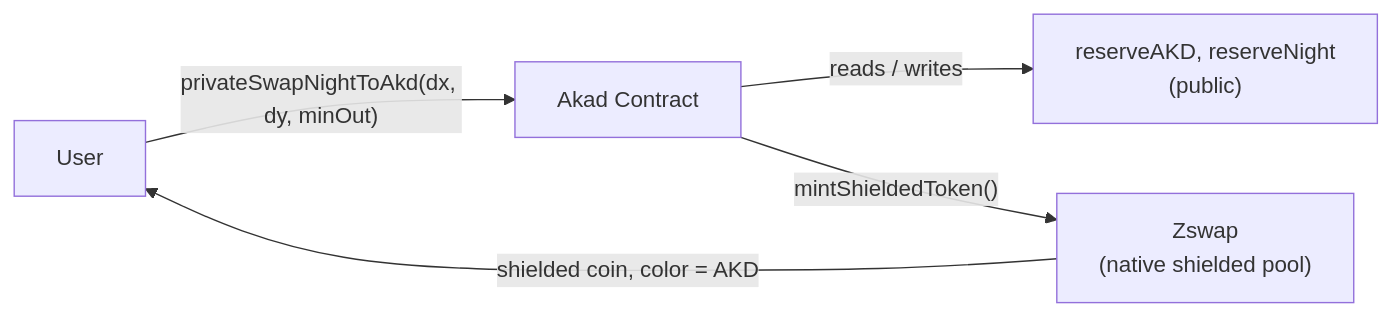
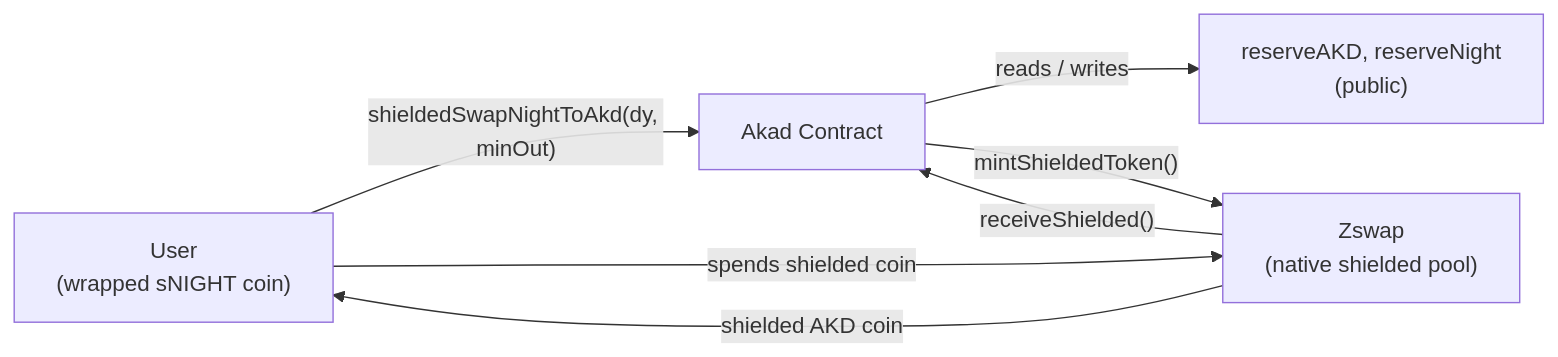
One commit to dzakwannajmi/akad changed the fifth of 5 diagrams in README.md. Above: the diagram before and after it, drawn with Mermaid. The commit also changed other lines of this file and 6 other files, not shown here.

First line of the commit message:
docs: sync README and hackathon docs to the sNIGHT contract and current addresses

````diff
--- a/README.md
+++ b/README.md
@@ -195,7 +176,9 @@
 ```mermaid
 flowchart LR
-  U["User"] -->|"privateSwapNightToAkd(dx, dy, minOut)"| TC["Akad Contract"]
+  U["User<br/>(wrapped sNIGHT coin)"] -->|"shieldedSwapNightToAkd(dy, minOut)"| TC["Akad Contract"]
+  U -->|"spends shielded coin"| ZS["Zswap<br/>(native shielded pool)"]
+  ZS -->|"receiveShielded()"| TC
   TC -->|"reads / writes"| R["reserveAKD, reserveNight<br/>(public)"]
-  TC -->|"mintShieldedToken()"| ZS["Zswap<br/>(native shielded pool)"]
-  ZS -->|"shielded coin, color = AKD"| U
+  TC -->|"mintShieldedToken()"| ZS
+  ZS -->|"shielded AKD coin"| U
 ```
````
